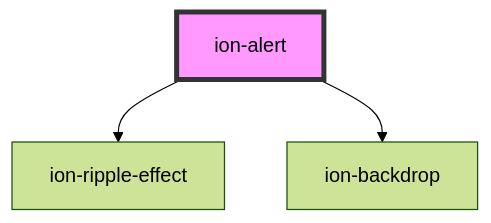
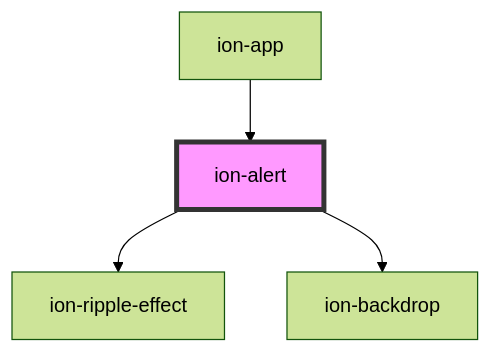
Before and after one commit to Ryu9425/ang_ionic: the diagram in core/src/components/alert/readme.md, drawn with Mermaid (forest theme). The commit also changed other lines of this file and 11 other files, not shown here.

Commit message:
fix(overlays): overlays are defined by ion-app; ion-select-popover is defined by ion-select

````diff
--- a/core/src/components/alert/readme.md
+++ b/core/src/components/alert/readme.md
@@ -1872,6 +1876,7 @@
 ```mermaid
 graph TD;
   ion-alert --> ion-ripple-effect
   ion-alert --> ion-backdrop
+  ion-app --> ion-alert
   style ion-alert fill:#f9f,stroke:#333,stroke-width:4px
 ```
````
